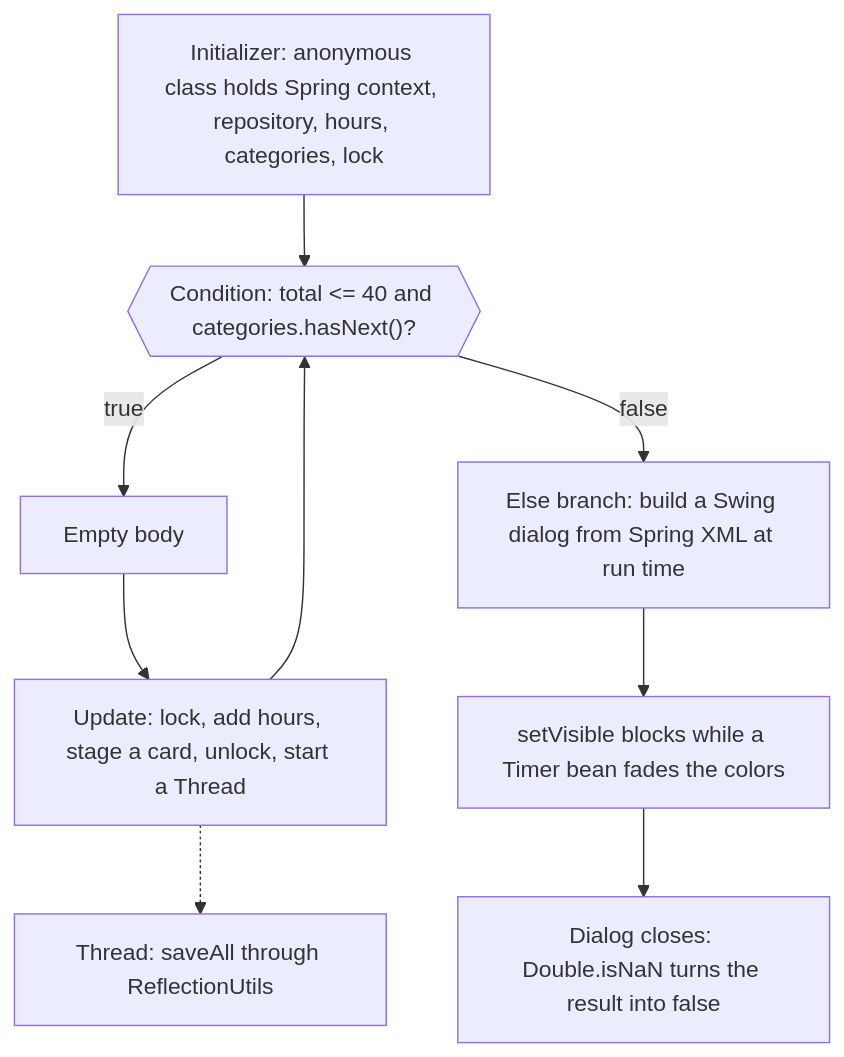
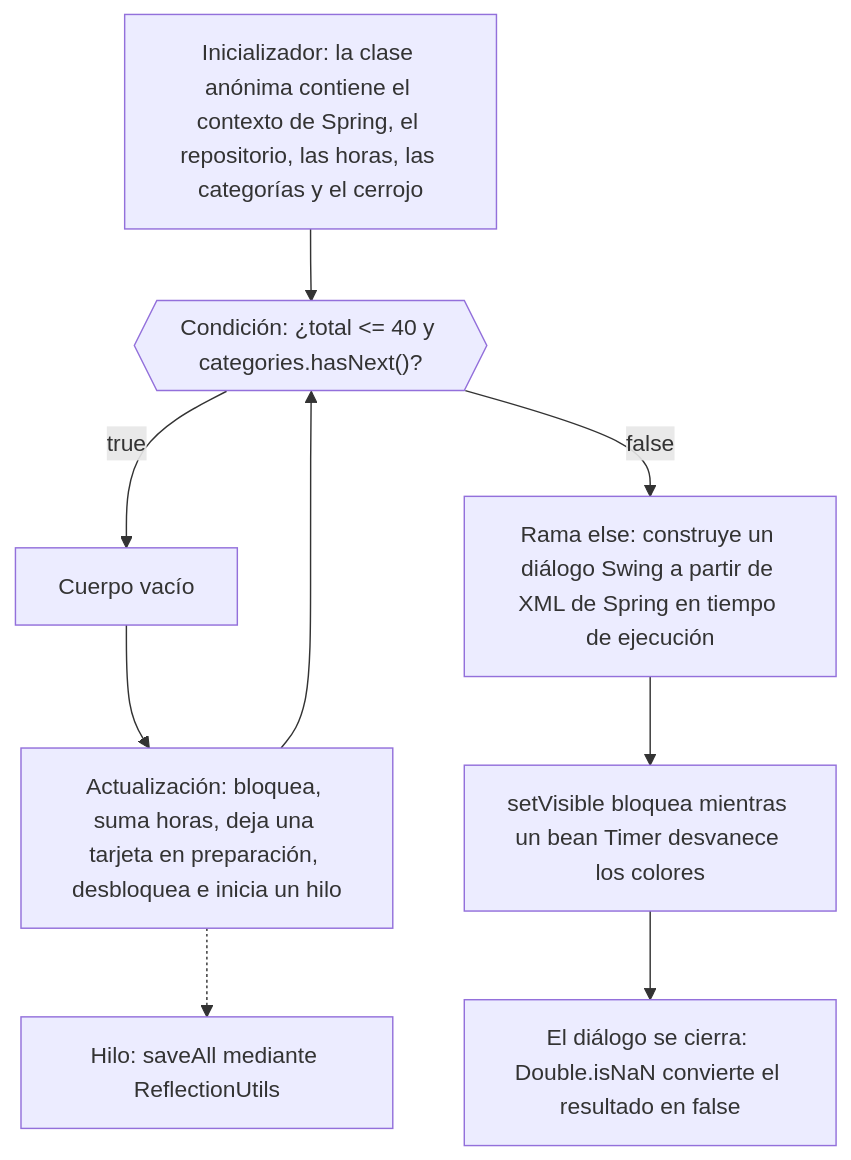
The third of 9 diagrams in lessons/lenguajes/csharp-linq-xaml.md (dullroar/aprende-a-programar-como-un-bicho-raro), drawn with Mermaid before and after one commit. The commit also changed other lines of this file and 31 other files, not shown here.

First line of the commit message:
loop(P5-001): regenerate Spanish generated blocks; second run is a no-op

````diff
--- a/lessons/lenguajes/csharp-linq-xaml.md
+++ b/lessons/lenguajes/csharp-linq-xaml.md
@@ -192,13 +192,13 @@
 ```mermaid
 flowchart TD
-    accTitle: JavaChallenge1: a for statement whose false branch opens a modal dialog
-    accDescr: A flowchart. The initializer builds an anonymous object with the Spring context, repository, hours, a category iterator and a lock. The condition is true while the total is 40 or less and a category remains. Then the empty body runs and the update locks, adds hours, stages a card, unlocks and starts a thread that saves through reflection. When the condition is false, the else branch builds a Swing dialog from Spring XML at run time and shows it. The modal dialog blocks while a Timer bean fades the label colors. When it closes, Double.isNaN turns the result into false and the for ends.
-    A["Initializer: anonymous class holds Spring context, repository, hours, categories, lock"] --> B{{"Condition: total <= 40 and categories.hasNext()?"}}
-    B -->|true| C["Empty body"]
-    C --> D["Update: lock, add hours, stage a card, unlock, start a Thread"]
+    accTitle: JavaChallenge1: una sentencia for cuya rama falsa abre un cuadro de diálogo modal
+    accDescr: Un diagrama de flujo. El inicializador construye un objeto anónimo con el contexto de Spring, el repositorio, las horas, un iterador de categorías y un cerrojo. La condición es verdadera mientras el total no pasa de 40 y queda una categoría. Entonces se ejecuta el cuerpo vacío y la actualización adquiere el bloqueo, suma horas, prepara una tarjeta, libera el bloqueo e inicia un hilo que guarda mediante reflexión. Cuando la condición es falsa, la rama else construye un diálogo de Swing a partir de XML de Spring en tiempo de ejecución y lo muestra. El diálogo modal bloquea mientras un bean Timer desvanece gradualmente los colores de la etiqueta. Cuando se cierra, Double.isNaN convierte el resultado en false y el for termina.
+    A["Inicializador: la clase anónima contiene el contexto de Spring, el repositorio, las horas, las categorías y el cerrojo"] --> B{{"Condición: ¿total <= 40 y categories.hasNext()?"}}
+    B -->|true| C["Cuerpo vacío"]
+    C --> D["Actualización: bloquea, suma horas, deja una tarjeta en preparación, desbloquea e inicia un hilo"]
     D --> B
-    D -.-> T["Thread: saveAll through ReflectionUtils"]
-    B -->|false| E["Else branch: build a Swing dialog from Spring XML at run time"]
-    E --> F["setVisible blocks while a Timer bean fades the colors"]
-    F --> G["Dialog closes: Double.isNaN turns the result into false"]
+    D -.-> T["Hilo: saveAll mediante ReflectionUtils"]
+    B -->|false| E["Rama else: construye un diálogo Swing a partir de XML de Spring en tiempo de ejecución"]
+    E --> F["setVisible bloquea mientras un bean Timer desvanece los colores"]
+    F --> G["El diálogo se cierra: Double.isNaN convierte el resultado en false"]
 ```
````
